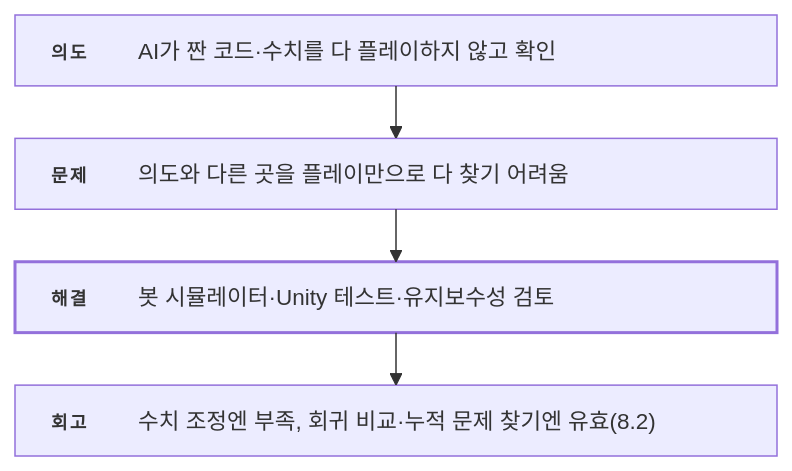
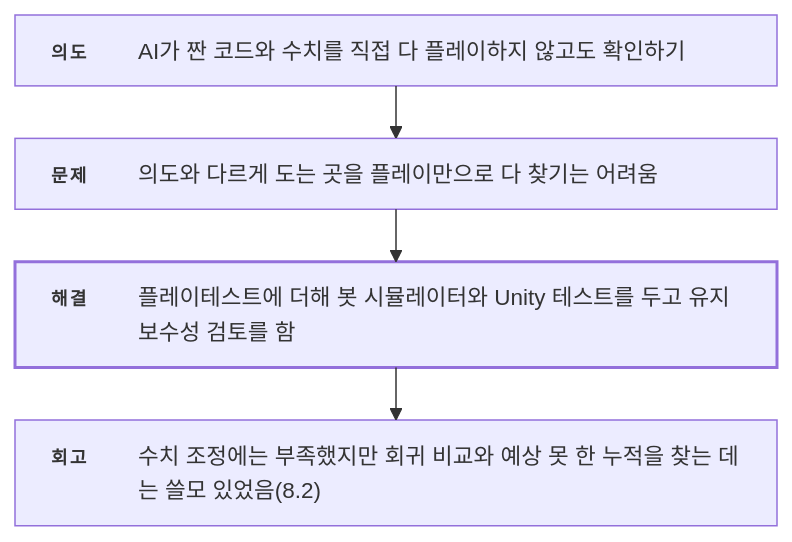
Diagram 12 of 12 in src/3-desert-settlement/기술문서.md (ashadeveloperr/ashadeveloperr.github.io), drawn with Mermaid before and after one commit. The commit also changed other lines of this file and 6 other files, not shown here.

````diff
--- a/src/3-desert-settlement/기술문서.md
+++ b/src/3-desert-settlement/기술문서.md
@@ -662,18 +711,18 @@
 ```mermaid
 ---
 config:
   layout: elk
   flowchart:
     wrappingWidth: 520
     padding: 12
 ---
 flowchart TB
   %% feature-flow — _local/flow-diagrams.py가 만듦
-  I["<div style='width:460px;display:flex;gap:14px;align-items:baseline;text-align:left;white-space:normal'><span style='flex:0 0 44px;padding-top:2px;font-size:12px;font-weight:700;letter-spacing:.12em;color:var(--accent-ink)'>의도</span><span style='flex:1;font-size:15px;line-height:1.55;color:var(--ink)'>AI가 짠 코드·수치를 다 플레이하지 않고 확인</span></div>"]
-  P["<div style='width:460px;display:flex;gap:14px;align-items:baseline;text-align:left;white-space:normal'><span style='flex:0 0 44px;padding-top:2px;font-size:12px;font-weight:700;letter-spacing:.12em;color:var(--accent-ink)'>문제</span><span style='flex:1;font-size:15px;line-height:1.55;color:var(--ink)'>의도와 다른 곳을 플레이만으로 다 찾기 어려움</span></div>"]
-  S["<div style='width:460px;display:flex;gap:14px;align-items:baseline;text-align:left;white-space:normal'><span style='flex:0 0 44px;padding-top:2px;font-size:12px;font-weight:700;letter-spacing:.12em;color:var(--accent-ink)'>해결</span><span style='flex:1;font-size:15px;line-height:1.55;color:var(--ink)'>봇 시뮬레이터·Unity 테스트·유지보수성 검토</span></div>"]
-  R["<div style='width:460px;display:flex;gap:14px;align-items:baseline;text-align:left;white-space:normal'><span style='flex:0 0 44px;padding-top:2px;font-size:12px;font-weight:700;letter-spacing:.12em;color:var(--accent-ink)'>회고</span><span style='flex:1;font-size:15px;line-height:1.55;color:var(--ink)'>수치 조정엔 부족, 회귀 비교·누적 문제 찾기엔 유효(8.2)</span></div>"]
+  I["<div style='width:460px;display:flex;gap:14px;align-items:baseline;text-align:left;white-space:normal'><span style='flex:0 0 44px;padding-top:2px;font-size:12px;font-weight:700;letter-spacing:.12em;color:var(--accent-ink)'>의도</span><span style='flex:1;font-size:15px;line-height:1.55;color:var(--ink)'>AI가 짠 코드와 수치를 직접 다 플레이하지 않고도 확인하기</span></div>"]
+  P["<div style='width:460px;display:flex;gap:14px;align-items:baseline;text-align:left;white-space:normal'><span style='flex:0 0 44px;padding-top:2px;font-size:12px;font-weight:700;letter-spacing:.12em;color:var(--accent-ink)'>문제</span><span style='flex:1;font-size:15px;line-height:1.55;color:var(--ink)'>의도와 다르게 도는 곳을 플레이만으로 다 찾기는 어려움</span></div>"]
+  S["<div style='width:460px;display:flex;gap:14px;align-items:baseline;text-align:left;white-space:normal'><span style='flex:0 0 44px;padding-top:2px;font-size:12px;font-weight:700;letter-spacing:.12em;color:var(--accent-ink)'>해결</span><span style='flex:1;font-size:15px;line-height:1.55;color:var(--ink)'>플레이테스트에 더해 봇 시뮬레이터와 Unity 테스트를 두고 유지보수성 검토를 함</span></div>"]
+  R["<div style='width:460px;display:flex;gap:14px;align-items:baseline;text-align:left;white-space:normal'><span style='flex:0 0 44px;padding-top:2px;font-size:12px;font-weight:700;letter-spacing:.12em;color:var(--accent-ink)'>회고</span><span style='flex:1;font-size:15px;line-height:1.55;color:var(--ink)'>수치 조정에는 부족했지만 회귀 비교와 예상 못 한 누적을 찾는 데는 쓸모 있었음(8.2)</span></div>"]
   I --> P --> S --> R
   classDef key stroke-width:2px
   class S key
 ```
````
